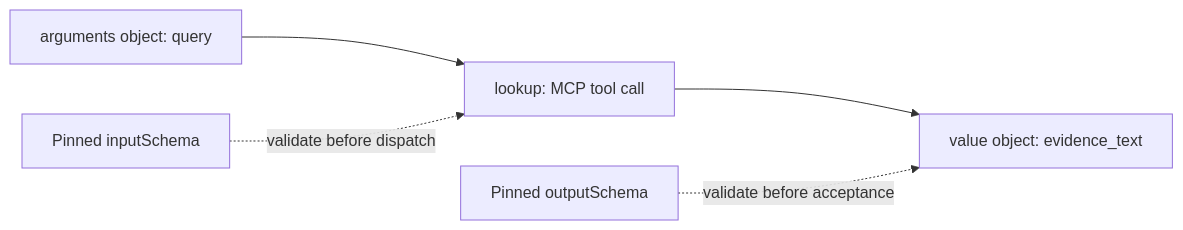
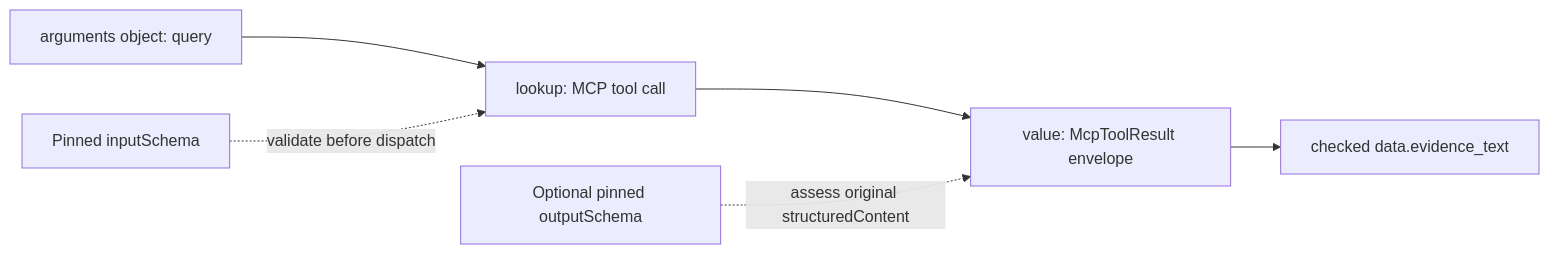
One commit to thomasquintana/htlk changed the fourth of 16 diagrams in specs/htlk-ir-user-guide.md. Above: the diagram before and after it, drawn with Mermaid. The commit also changed other lines of this file and 59 other files, not shown here.

Commit message:
Unify MCP tool bindings and envelope execution

````diff
--- a/specs/htlk-ir-user-guide.md
+++ b/specs/htlk-ir-user-guide.md
@@ -258,7 +258,8 @@
 ```mermaid
 flowchart LR
     Args["arguments object: query"] --> Call["lookup: MCP tool call"]
     SchemaIn["Pinned inputSchema"] -.->|validate before dispatch| Call
-    Call --> Result["value object: evidence_text"]
-    SchemaOut["Pinned outputSchema"] -.->|validate before acceptance| Result
+    Call --> Result["value: McpToolResult envelope"]
+    SchemaOut["Optional pinned outputSchema"] -.->|assess original structuredContent| Result
+    Result --> Data["checked data.evidence_text"]
 ```
````
